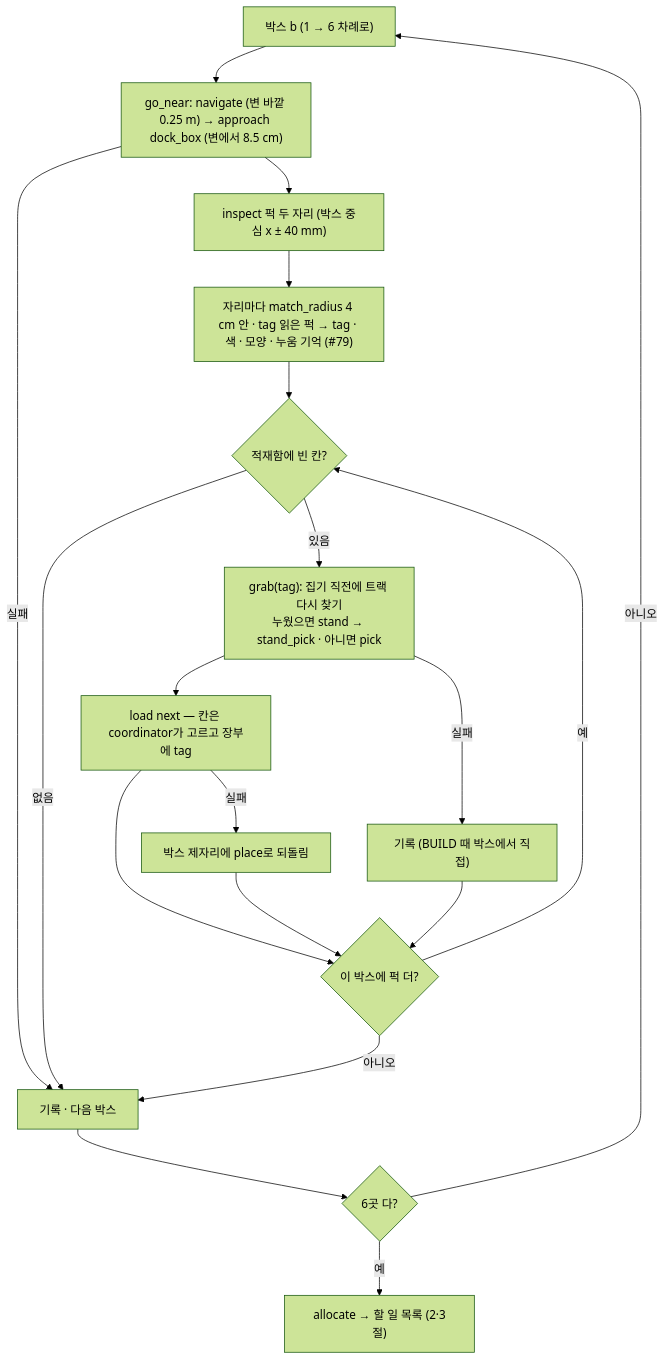
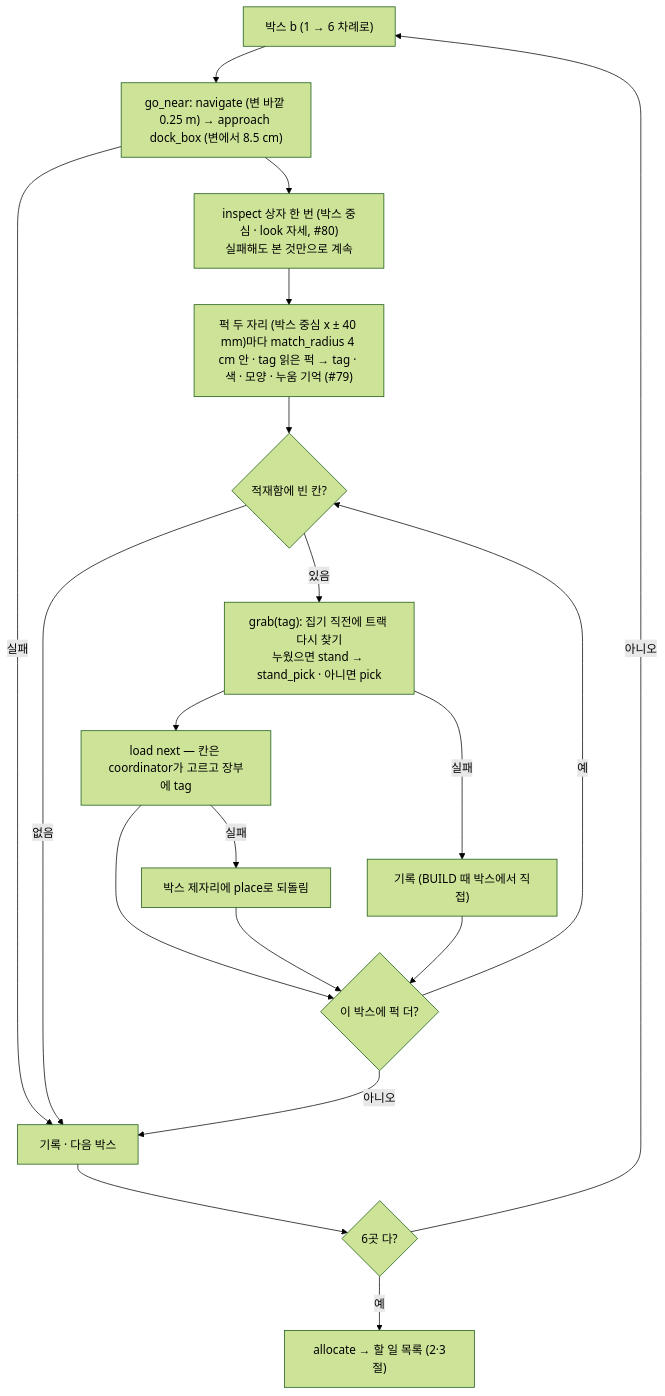
One commit to JuneKunst/JuneKunst.github.io changed the fifth of 7 diagrams in bee/mission-solve.md. Above: the diagram before and after it, drawn with Mermaid (forest theme). The commit also changed other lines of this file and 21 other files, not shown here.

````diff
--- a/bee/mission-solve.md
+++ b/bee/mission-solve.md
@@ -113,18 +113,18 @@
 ```mermaid
 flowchart TD
   B0["박스 b (1 → 6 차례로)"] --> G1["go_near: navigate (변 바깥 0.25 m) → approach dock_box (변에서 8.5 cm)"]
   G1 -->|실패| NX["기록 · 다음 박스"]
-  G1 --> I1["inspect 퍽 두 자리 (박스 중심 x ± 40 mm)"]
-  I1 --> R1["자리마다 match_radius 4 cm 안 · tag 읽은 퍽 → tag · 색 · 모양 · 누움 기억 (#79)"]
+  G1 --> I1["inspect 상자 한 번 (박스 중심 · look 자세, #80)<br/>실패해도 본 것만으로 계속"]
+  I1 --> R1["퍽 두 자리 (박스 중심 x ± 40 mm)마다 match_radius 4 cm 안 · tag 읽은 퍽 → tag · 색 · 모양 · 누움 기억 (#79)"]
   R1 --> L0{"적재함에 빈 칸?"}
   L0 -->|없음| NX
   L0 -->|있음| GR["grab(tag): 집기 직전에 트랙 다시 찾기<br/>누웠으면 stand → stand_pick · 아니면 pick"]
   GR -->|실패| NX2["기록 (BUILD 때 박스에서 직접)"]
   GR --> LD["load next — 칸은 coordinator가 고르고 장부에 tag"]
   LD -->|실패| BK["박스 제자리에 place로 되돌림"]
   LD & BK & NX2 --> MORE{"이 박스에 퍽 더?"}
   MORE -->|예| L0
   MORE -->|아니오| NX
   NX --> END{"6곳 다?"} -->|아니오| B0
   END -->|예| ALC["allocate → 할 일 목록 (2·3절)"]
 ```
````
